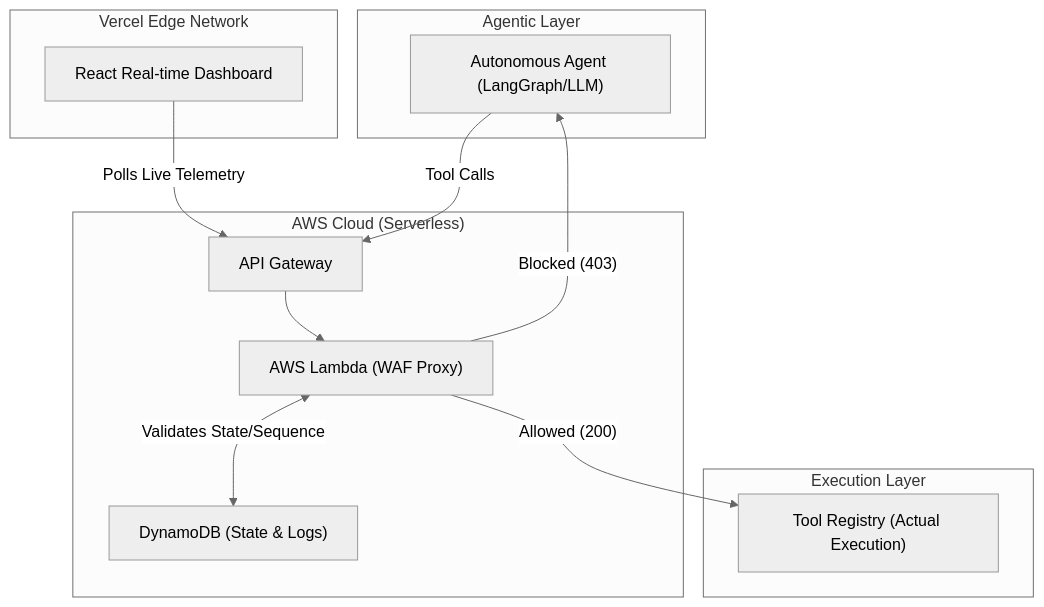
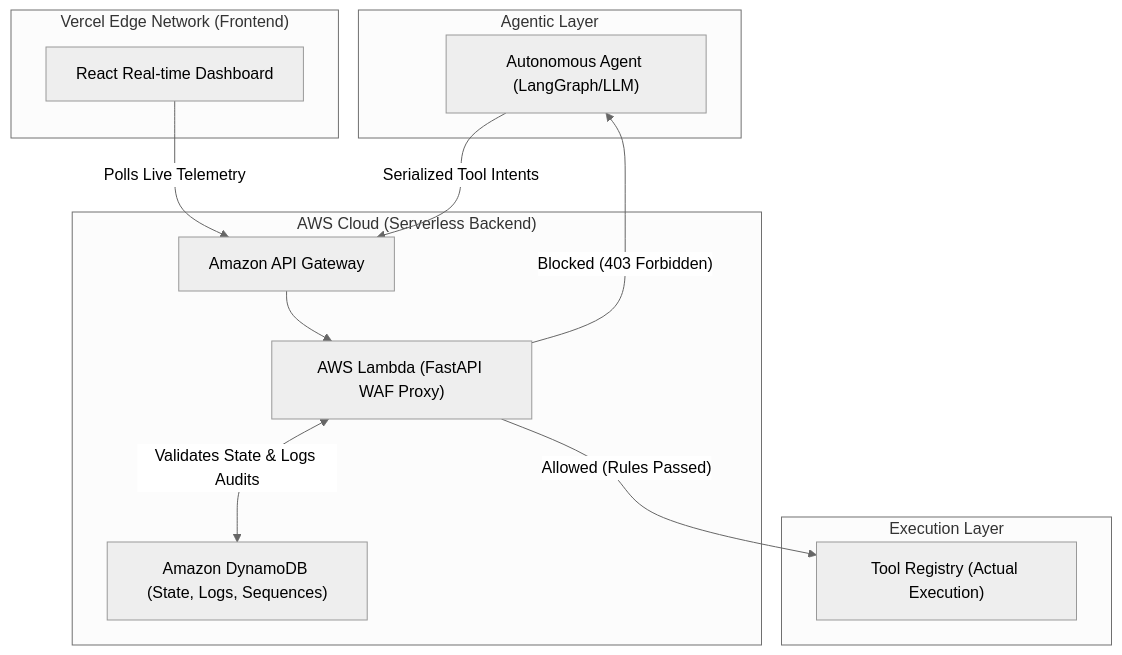
The diagram in README.md (Pradeesh1108/agent-waf), drawn with Mermaid (neutral theme) before and after one commit. The commit also changed other lines of this file, not shown here.

Commit message:
docs: extensive rewrite of README.md with deep architecture and feature details

````diff
--- a/README.md
+++ b/README.md
@@ -59,30 +88,30 @@
 ```mermaid
 graph TD
     subgraph "Agentic Layer"
         Agent["Autonomous Agent (LangGraph/LLM)"]
     end
 
-    subgraph "AWS Cloud (Serverless)"
-        Gateway["API Gateway"]
-        Lambda["AWS Lambda (WAF Proxy)"]
-        Dynamo["DynamoDB (State & Logs)"]
+    subgraph "AWS Cloud (Serverless Backend)"
+        Gateway["Amazon API Gateway"]
+        Lambda["AWS Lambda (FastAPI WAF Proxy)"]
+        Dynamo["Amazon DynamoDB (State, Logs, Sequences)"]
         
         Gateway --> Lambda
-        Lambda <--> |Validates State/Sequence| Dynamo
+        Lambda <--> |Validates State & Logs Audits| Dynamo
     end
 
     subgraph "Execution Layer"
         Tools["Tool Registry (Actual Execution)"]
     end
     
-    subgraph "Vercel Edge Network"
+    subgraph "Vercel Edge Network (Frontend)"
         Dashboard["React Real-time Dashboard"]
         
         Dashboard -- "Polls Live Telemetry" --> Gateway
     end
 
-    Agent -- "Tool Calls" --> Gateway
+    Agent -- "Serialized Tool Intents" --> Gateway
     
-    Lambda -- "Allowed (200)" --> Tools
-    Lambda -- "Blocked (403)" --> Agent
+    Lambda -- "Allowed (Rules Passed)" --> Tools
+    Lambda -- "Blocked (403 Forbidden)" --> Agent
 ```
````
